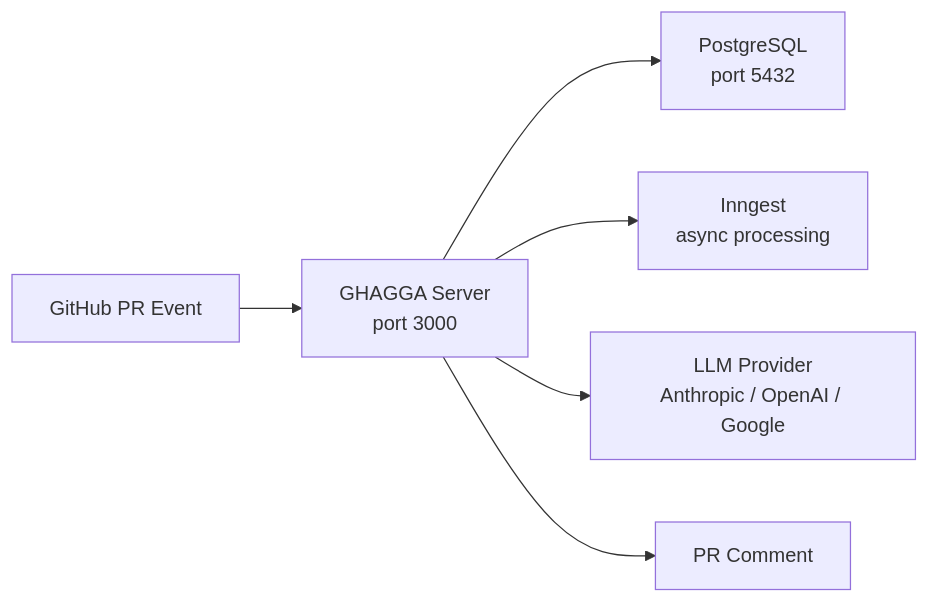
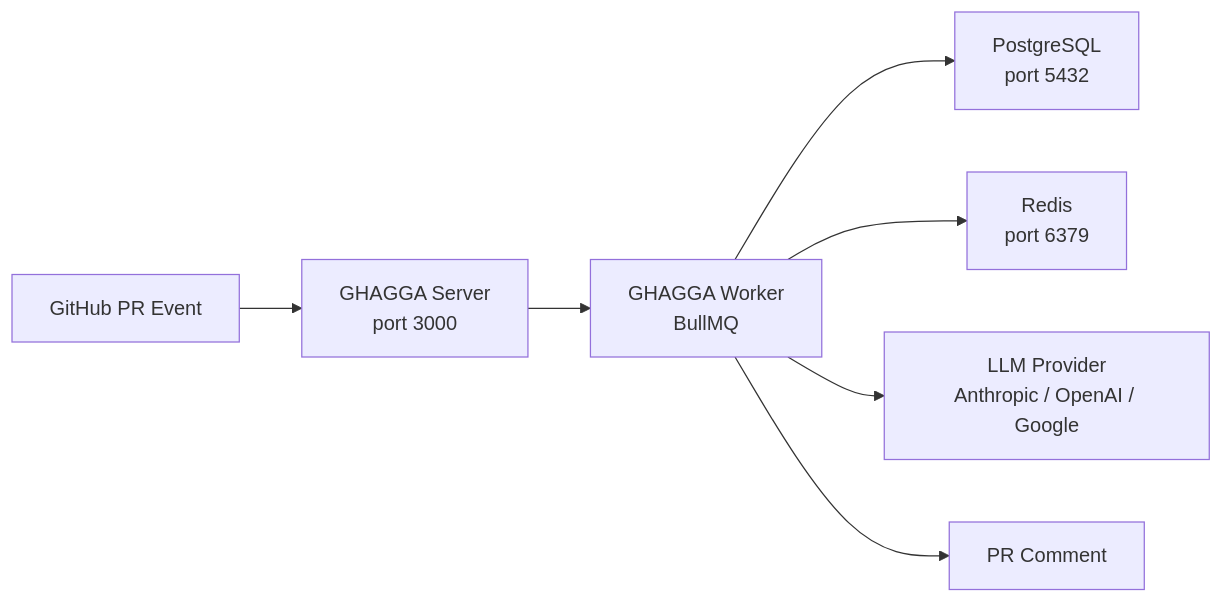
Before and after one commit to JNZader/ghagga: the first of 2 diagrams in docs/self-hosted.md, drawn with Mermaid. The commit also changed other lines of this file and 26 other files, not shown here.

````diff
--- a/docs/self-hosted.md
+++ b/docs/self-hosted.md
@@ -16,8 +15,9 @@
 ```mermaid
 flowchart LR
   GH["GitHub PR Event"] --> Server["GHAGGA Server<br/>port 3000"]
-  Server --> PG["PostgreSQL<br/>port 5432"]
-  Server --> Inngest["Inngest<br/>async processing"]
-  Server --> LLM["LLM Provider<br/>Anthropic / OpenAI / Google"]
-  Server --> Comment["PR Comment"]
+  Server --> Worker["GHAGGA Worker<br/>BullMQ"]
+  Worker --> PG["PostgreSQL<br/>port 5432"]
+  Worker --> Redis["Redis<br/>port 6379"]
+  Worker --> LLM["LLM Provider<br/>Anthropic / OpenAI / Google"]
+  Worker --> Comment["PR Comment"]
 ```
````
